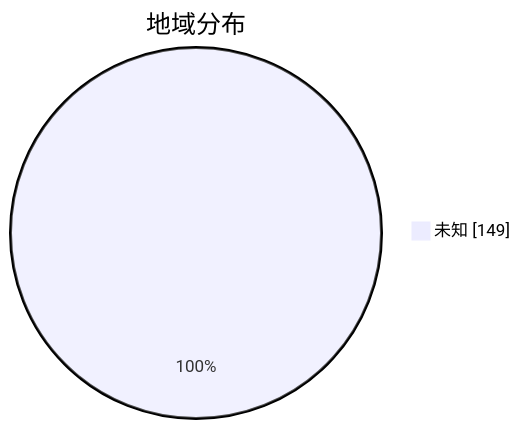
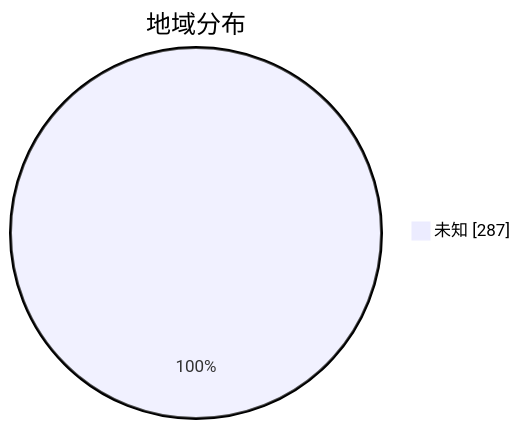
The second of 3 diagrams in subs/statistics/tested_within.md (qjlxg/airport), drawn with Mermaid before and after one commit. The commit also changed other lines of this file and 2 other files, not shown here.

````diff
--- a/subs/statistics/tested_within.md
+++ b/subs/statistics/tested_within.md
@@ -12,5 +14,5 @@
 ```mermaid
 pie showData
 title 地域分布
-"未知" : 149
+"未知" : 287
 ```
````
